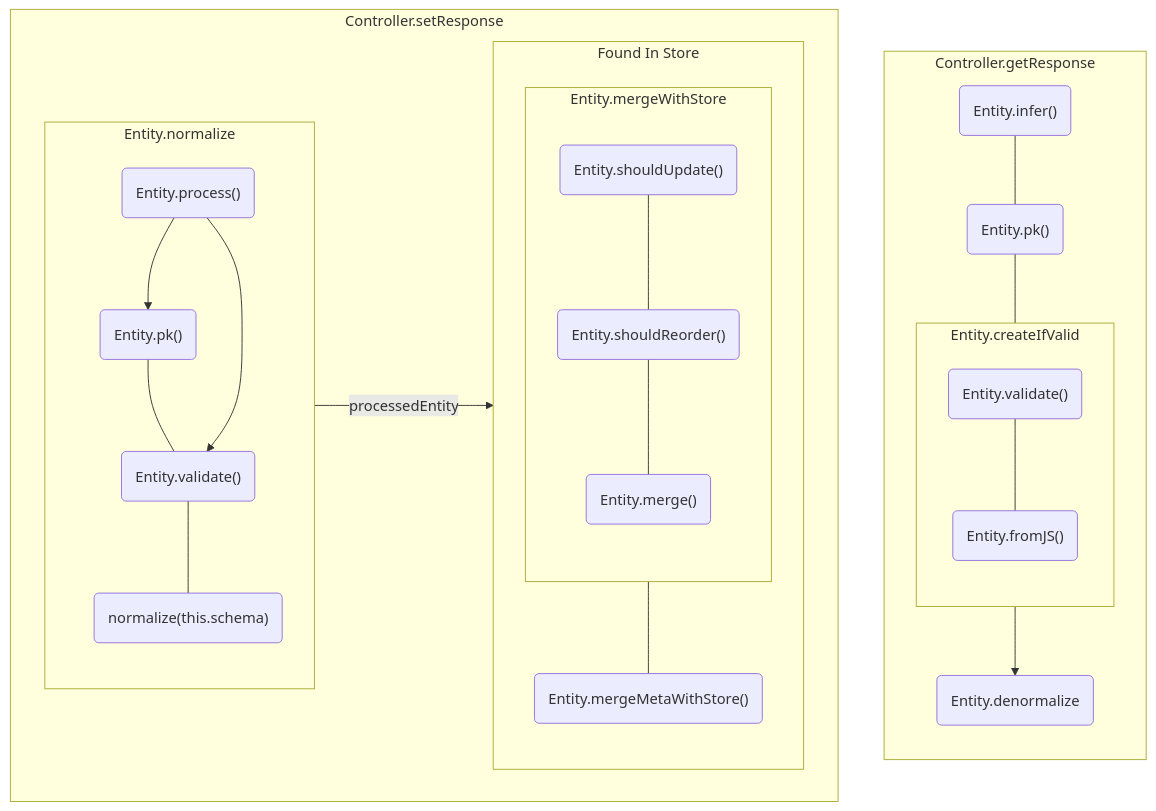
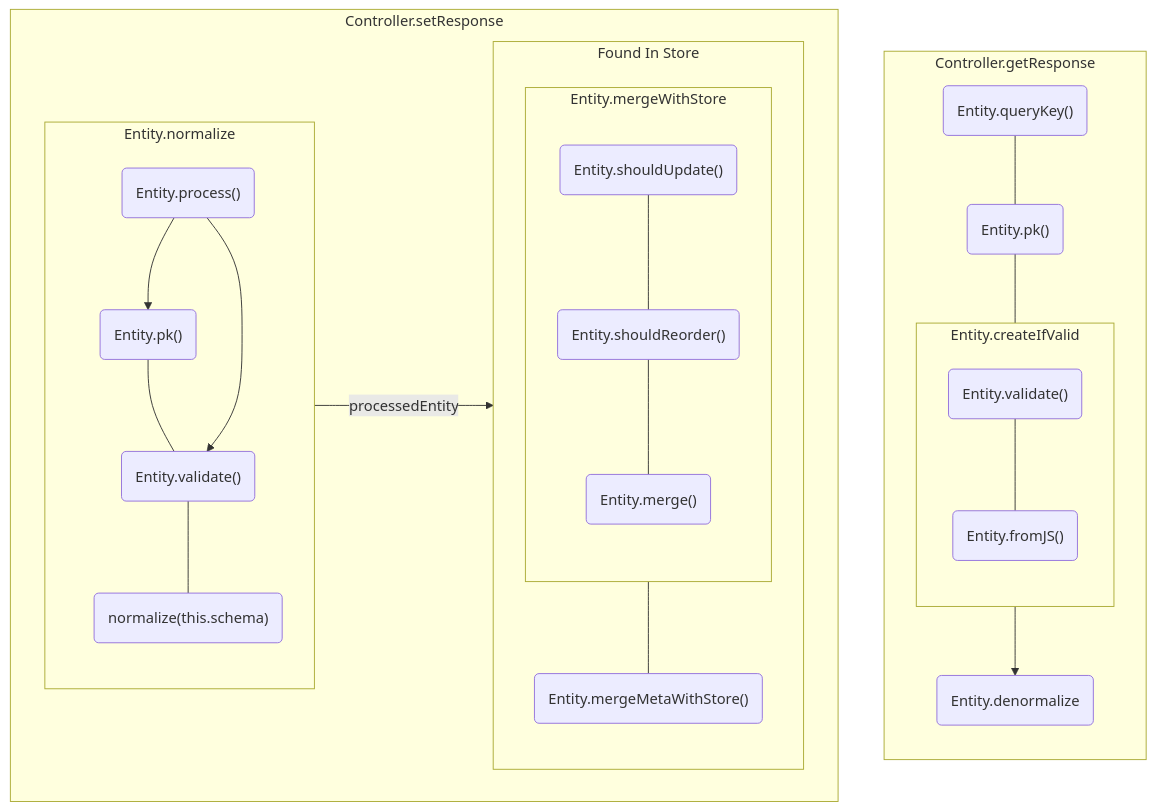
Before and after one commit to reactive/data-client: the diagram in docs/rest/diagrams/_entity_lifecycle.mdx, drawn with Mermaid. The commit also changed 48 other files, not shown here.

Commit message:
enhance: Schema.infer -> Schema.queryKey

````diff
--- a/docs/rest/diagrams/_entity_lifecycle.mdx
+++ b/docs/rest/diagrams/_entity_lifecycle.mdx
@@ -1,43 +1,43 @@
 ```mermaid
 flowchart BT
   subgraph Controller.getResponse
-    infer("Entity.infer()")---pk2
+    queryKey("Entity.queryKey()")---pk2
     pk2("Entity.pk()")---Entity.createIfValid
     subgraph Entity.createIfValid
       direction TB
       validate2("Entity.validate()")---fromJS("Entity.fromJS()")
     end
     Entity.createIfValid-->denormNest("Entity.denormalize")
   end
   subgraph Controller.setResponse
     direction LR
     subgraph Entity.normalize
       direction TB
       process("Entity.process()")-->pk("Entity.pk()")
       pk---validate("Entity.validate()")
       process-->validate
       validate---normNest("normalize(this.schema)")
     end
     Entity.normalize--processedEntity-->INSTORE
     subgraph INSTORE["Found In Store"]
       subgraph Entity.mergeWithStore
         direction TB
         shouldupdate("Entity.shouldUpdate()")---shouldreorder("Entity.shouldReorder()")
         shouldreorder---merge("Entity.merge()")
       end
       Entity.mergeWithStore---mergeMetaWithStore("Entity.mergeMetaWithStore()")
     end
   end
   click process "/rest/api/Entity#process"
   click pk "/rest/api/Entity#pk"
   click pk2 "/rest/api/Entity#pk"
   click fromJS "/rest/api/Entity#fromJS"
   click validate "/rest/api/Entity#validate"
   click validate2 "/rest/api/Entity#validate"
   click mergeMetaWithStore "/rest/api/Entity#mergeMetaWithStore"
   click shouldupdate "/rest/api/Entity#shouldupdate"
   click shouldreorder "/rest/api/Entity#shouldreorder"
   click mergewithstore "/rest/api/Entity#mergeWithStore"
   click merge "/rest/api/Entity#merge"
-  click infer "/rest/api/Entity#infer"
+  click queryKey "/rest/api/Entity#queryKey"
 ```
````
